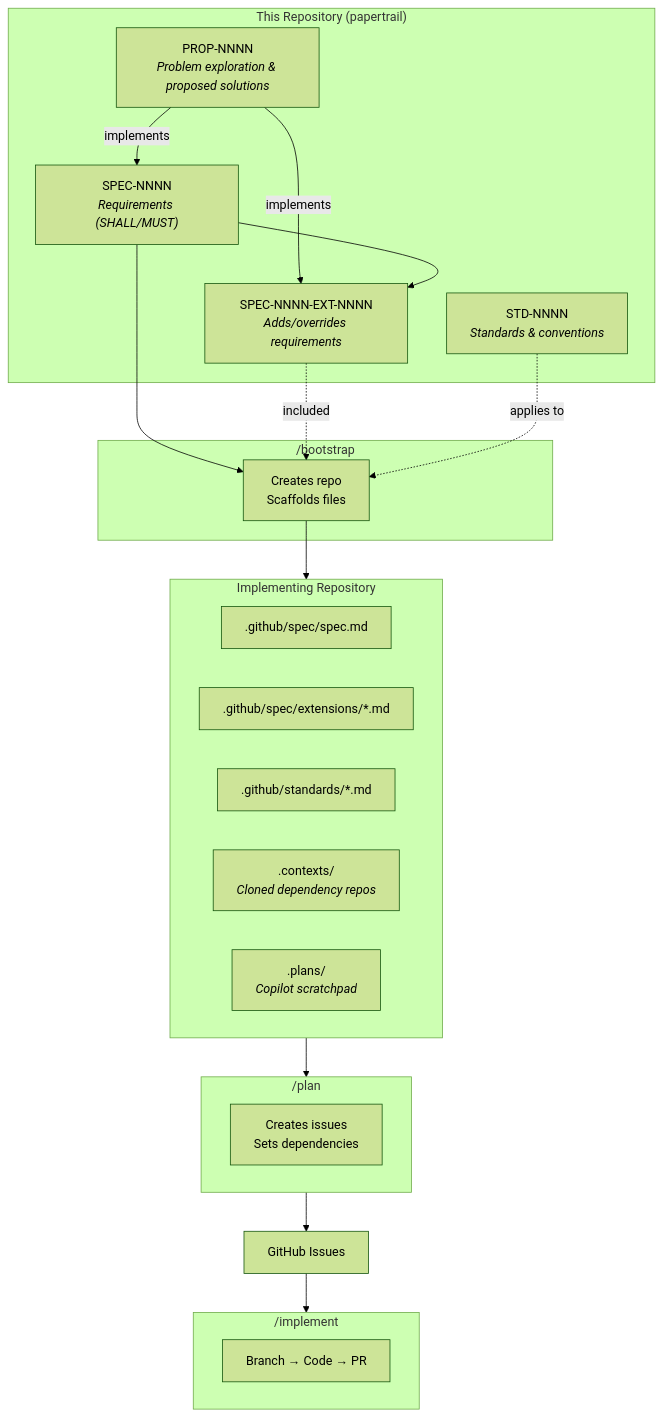
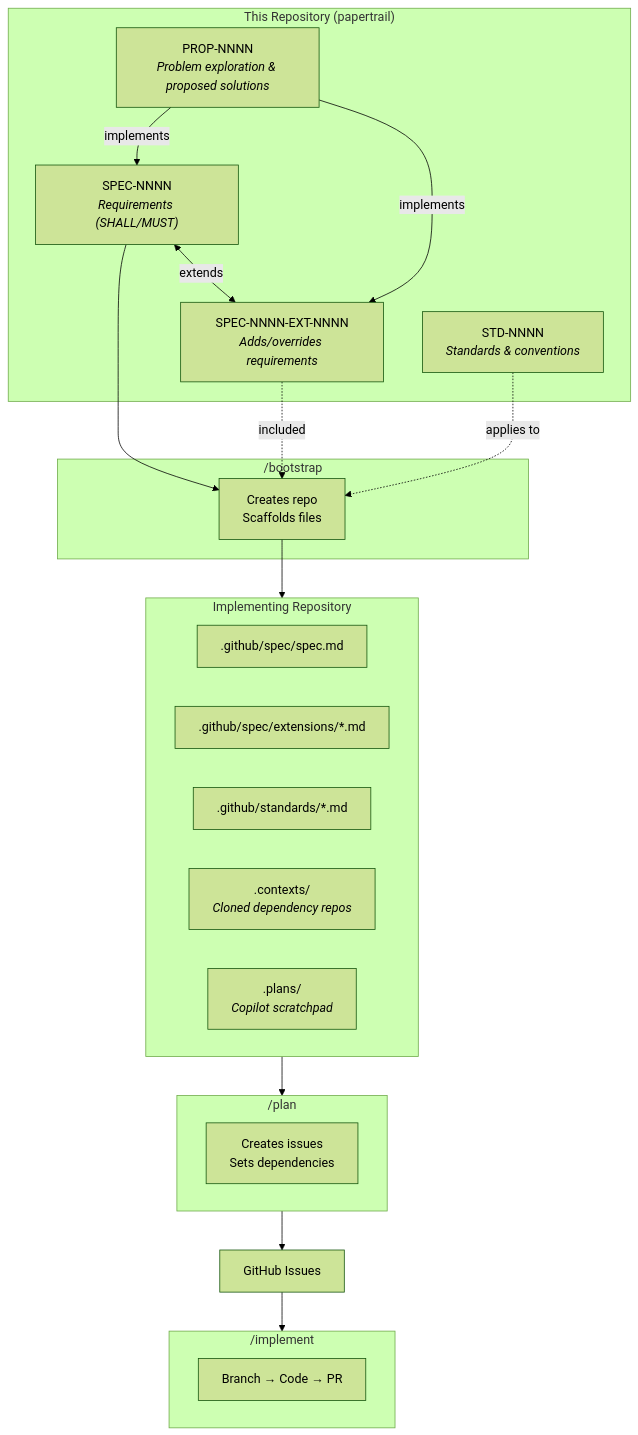
Before and after one commit to vegardx/papertrail: the diagram in README.md, drawn with Mermaid (forest theme).

Commit message:
Improve mermaid diagram layout - place SPEC and EXT on same level

````diff
--- a/README.md
+++ b/README.md
@@ -33,40 +33,40 @@
 ```mermaid
 flowchart TB
     subgraph papertrail["This Repository (papertrail)"]
         PROP["PROP-NNNN<br/><i>Problem exploration & proposed solutions</i>"]
         SPEC["SPEC-NNNN<br/><i>Requirements (SHALL/MUST)</i>"]
         EXT["SPEC-NNNN-EXT-NNNN<br/><i>Adds/overrides requirements</i>"]
         STD["STD-NNNN<br/><i>Standards & conventions</i>"]
+        SPEC <-->|"extends"| EXT
     end
 
     subgraph bootstrap["/bootstrap"]
         BOOT["Creates repo<br/>Scaffolds files"]
     end
 
     subgraph impl["Implementing Repository"]
         SPECFILE[".github/spec/spec.md"]
         EXTFILES[".github/spec/extensions/*.md"]
         STDFILES[".github/standards/*.md"]
         CONTEXTS[".contexts/<br/><i>Cloned dependency repos</i>"]
         PLANS[".plans/<br/><i>Copilot scratchpad</i>"]
     end
 
     subgraph plan["/plan"]
         PLAN["Creates issues<br/>Sets dependencies"]
     end
 
     subgraph implement["/implement"]
         IMPL["Branch → Code → PR"]
     end
 
     PROP -->|"implements"| SPEC
     PROP -->|"implements"| EXT
-    SPEC --> EXT
     SPEC --> BOOT
     EXT -.->|"included"| BOOT
     STD -.->|"applies to"| BOOT
     BOOT --> impl
     impl --> plan
     plan --> ISSUES["GitHub Issues"]
     ISSUES --> implement
 ```
````
